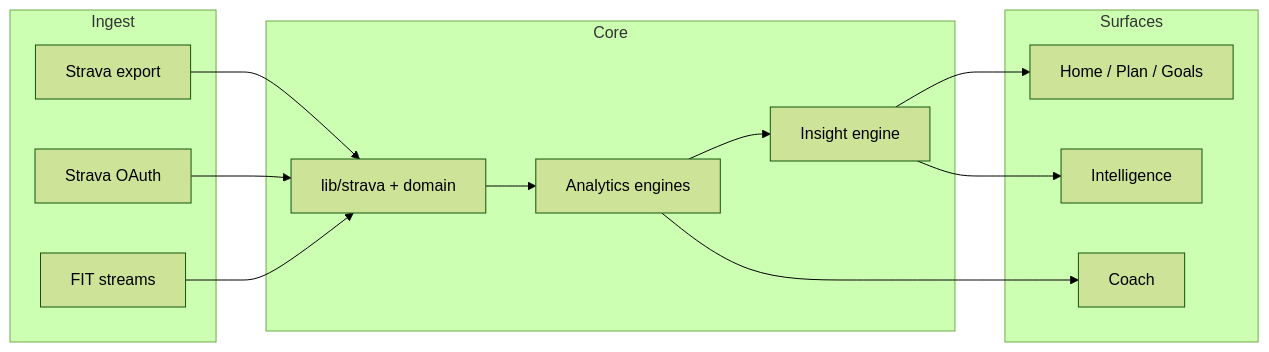
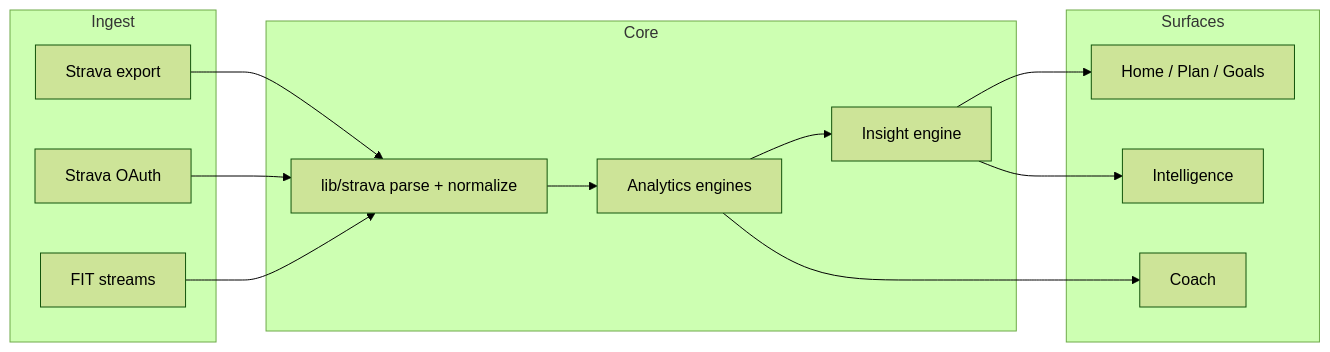
One commit to Padraigobrien08/StravaFitnessTool changed the diagram in README.md. Above: the diagram before and after it, drawn with Mermaid (forest theme). The commit also changed other lines of this file and 9 other files, not shown here.

````diff
--- a/README.md
+++ b/README.md
@@ -135,29 +135,29 @@
 ```mermaid
 flowchart LR
   subgraph ingest [Ingest]
     CSV[Strava export]
     OAuth[Strava OAuth]
     FIT[FIT streams]
   end
 
   subgraph core [Core]
-    Parsers[lib/strava + domain]
+    Parsers[lib/strava parse + normalize]
     Analytics[Analytics engines]
     Insights[Insight engine]
   end
 
   subgraph ui [Surfaces]
     Home[Home / Plan / Goals]
     Intel[Intelligence]
     Coach[Coach]
   end
 
   CSV --> Parsers
   OAuth --> Parsers
   FIT --> Parsers
   Parsers --> Analytics
   Analytics --> Insights
   Insights --> Home
   Insights --> Intel
   Analytics --> Coach
 ```
````
